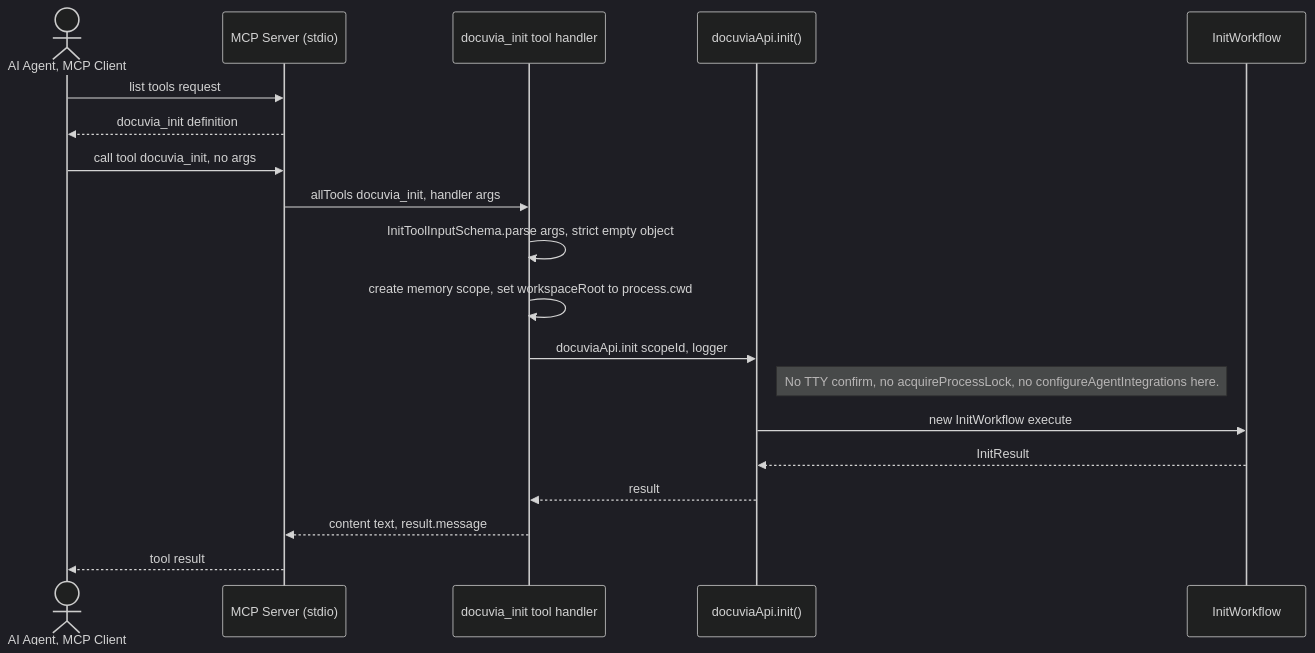
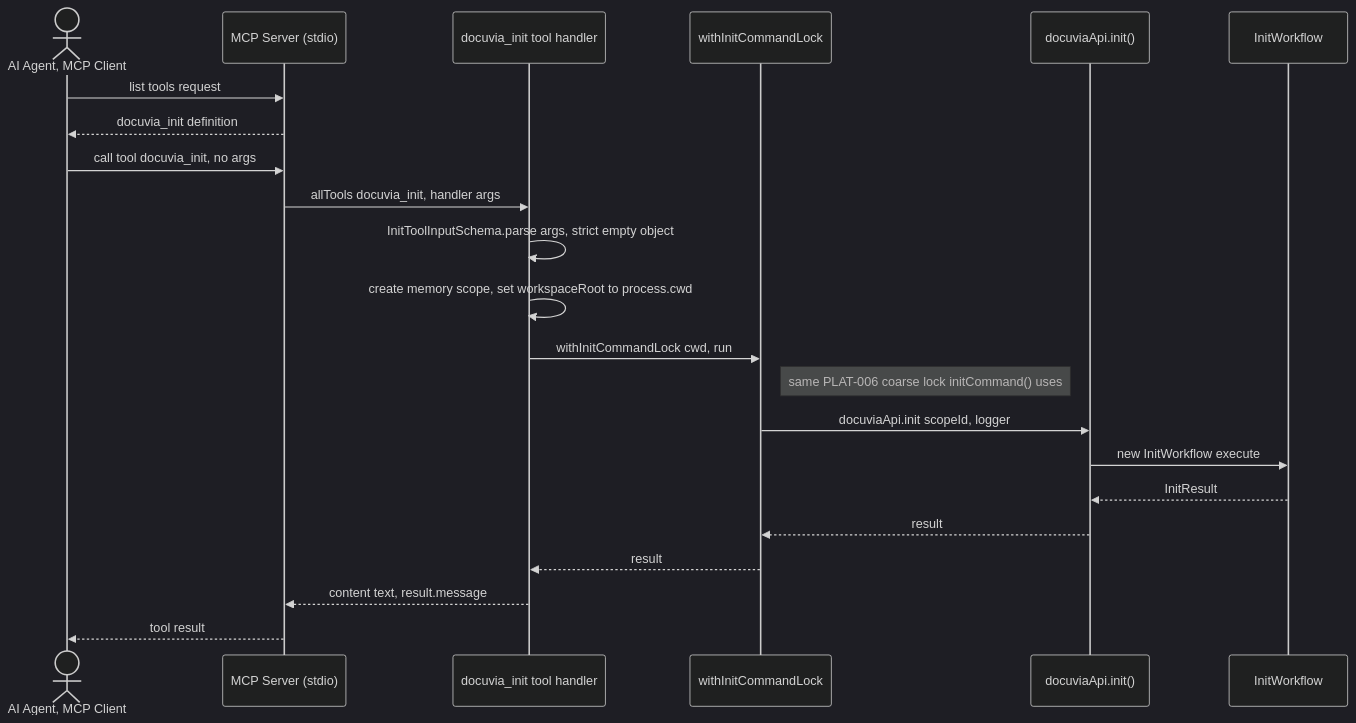
Before and after one commit to dyphn1/Docuvia: the diagram in docs/gitbook/workflows/mcp-execution-flow.md, drawn with Mermaid (dark theme). The commit also changed other lines of this file and 25 other files, not shown here.

````diff
--- a/docs/gitbook/workflows/mcp-execution-flow.md
+++ b/docs/gitbook/workflows/mcp-execution-flow.md
@@ -13,25 +13,28 @@
 ```mermaid
 sequenceDiagram
     actor Agent as AI Agent, MCP Client
     participant Server as MCP Server (stdio)
     participant Tool as docuvia_init tool handler
+    participant Lock as withInitCommandLock
     participant API as docuviaApi.init()
     participant WF as InitWorkflow
 
     Agent->>Server: list tools request
     Server-->>Agent: docuvia_init definition
 
     Agent->>Server: call tool docuvia_init, no args
     Server->>Tool: allTools docuvia_init, handler args
 
     Tool->>Tool: InitToolInputSchema.parse args, strict empty object
     Tool->>Tool: create memory scope, set workspaceRoot to process.cwd
 
-    Tool->>API: docuviaApi.init scopeId, logger
-    Note right of API: No TTY confirm, no acquireProcessLock, no configureAgentIntegrations here.
+    Tool->>Lock: withInitCommandLock cwd, run
+    Note right of Lock: same PLAT-006 coarse lock initCommand() uses
+    Lock->>API: docuviaApi.init scopeId, logger
     API->>WF: new InitWorkflow execute
     WF-->>API: InitResult
-    API-->>Tool: result
+    API-->>Lock: result
+    Lock-->>Tool: result
     Tool-->>Server: content text, result.message
     Server-->>Agent: tool result
 ```
````
